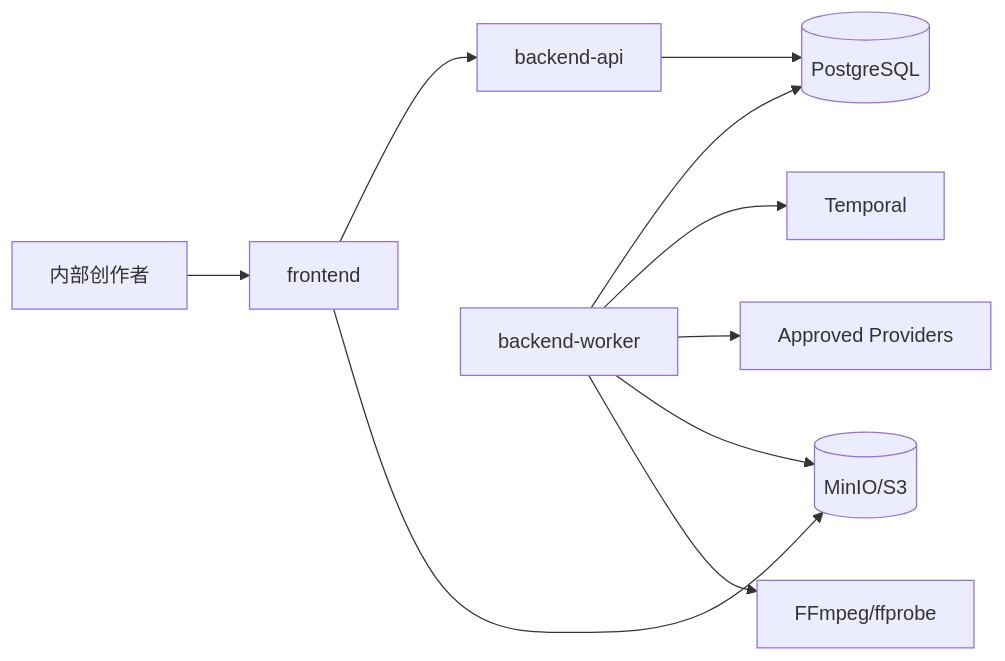
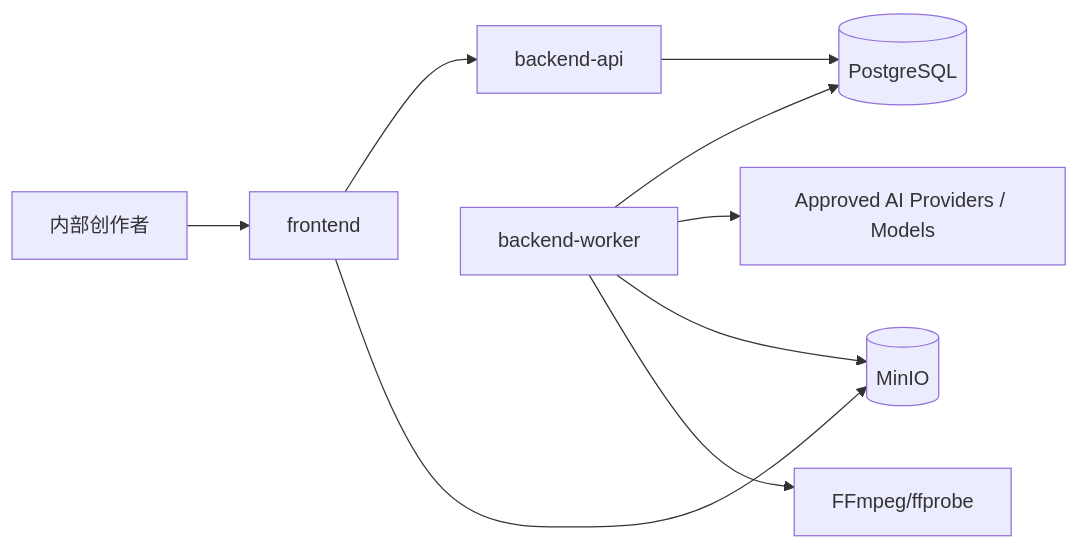
The second of 2 diagrams in docs/design/02-MVP总体架构.md (StephenQiu30/lanverse), drawn with Mermaid before and after one commit. The commit also changed other lines of this file and 30 other files, not shown here.

````diff
--- a/docs/design/02-MVP总体架构.md
+++ b/docs/design/02-MVP总体架构.md
@@ -52,12 +52,11 @@
 ```mermaid
 flowchart LR
   U["内部创作者"] --> W["frontend"]
   W --> A["backend-api"]
   A --> P[("PostgreSQL")]
   X["backend-worker"] --> P
-  X --> T["Temporal"]
-  X --> R["Approved Providers"]
-  X --> O[("MinIO/S3")]
+  X --> R["Approved AI Providers / Models"]
+  X --> O[("MinIO")]
   X --> F["FFmpeg/ffprobe"]
   W --> O
 ```
````
